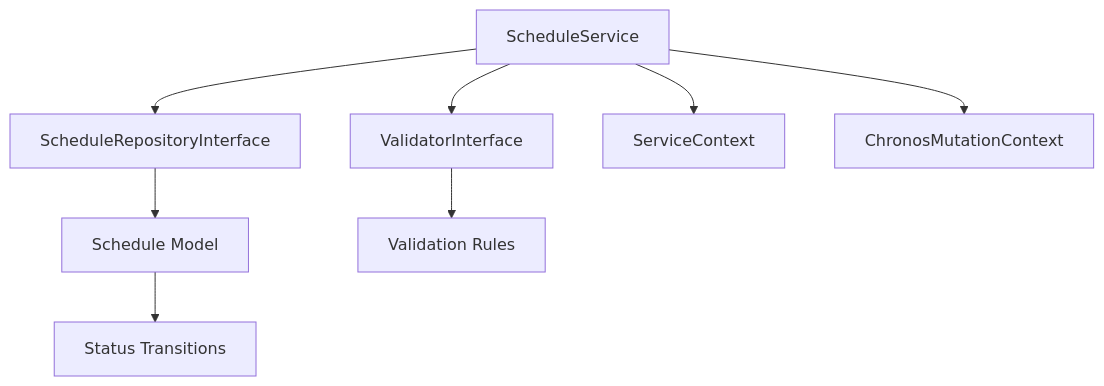
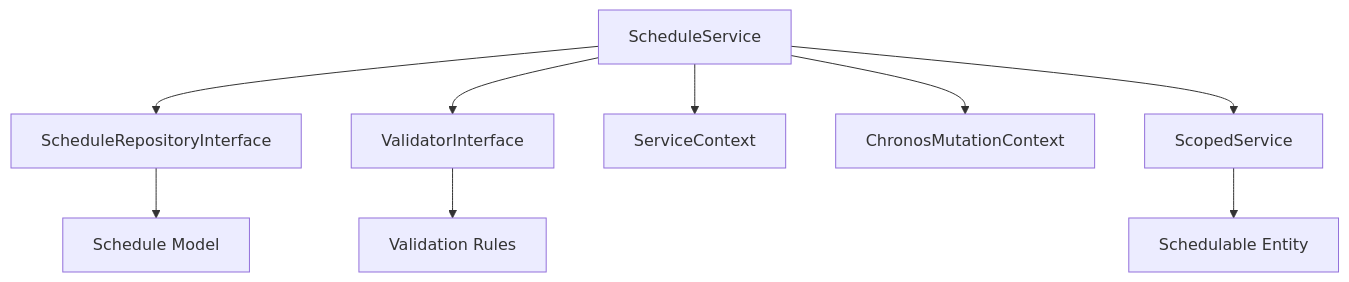
The diagram in docs/api-reference/services/schedule-service.md (andydefer/laravel-chronos), drawn with Mermaid before and after one commit. The commit also changed other lines of this file and 8 other files, not shown here.

````diff
--- a/docs/api-reference/services/schedule-service.md
+++ b/docs/api-reference/services/schedule-service.md
@@ -388,10 +448,11 @@
 ```mermaid
 graph TD
     A[ScheduleService] --> B[ScheduleRepositoryInterface]
     A --> C[ValidatorInterface]
     A --> D[ServiceContext]
     A --> E[ChronosMutationContext]
-    B --> F[Schedule Model]
-    C --> G[Validation Rules]
-    F --> H[Status Transitions]
+    A --> F[ScopedService]
+    B --> G[Schedule Model]
+    C --> H[Validation Rules]
+    F --> I[Schedulable Entity]
 ```
````
